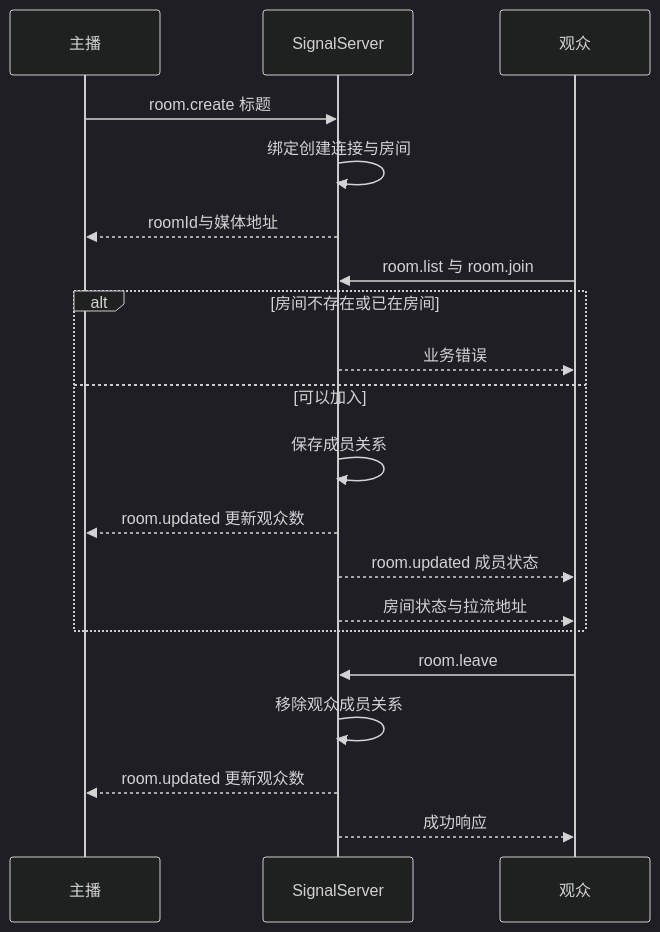
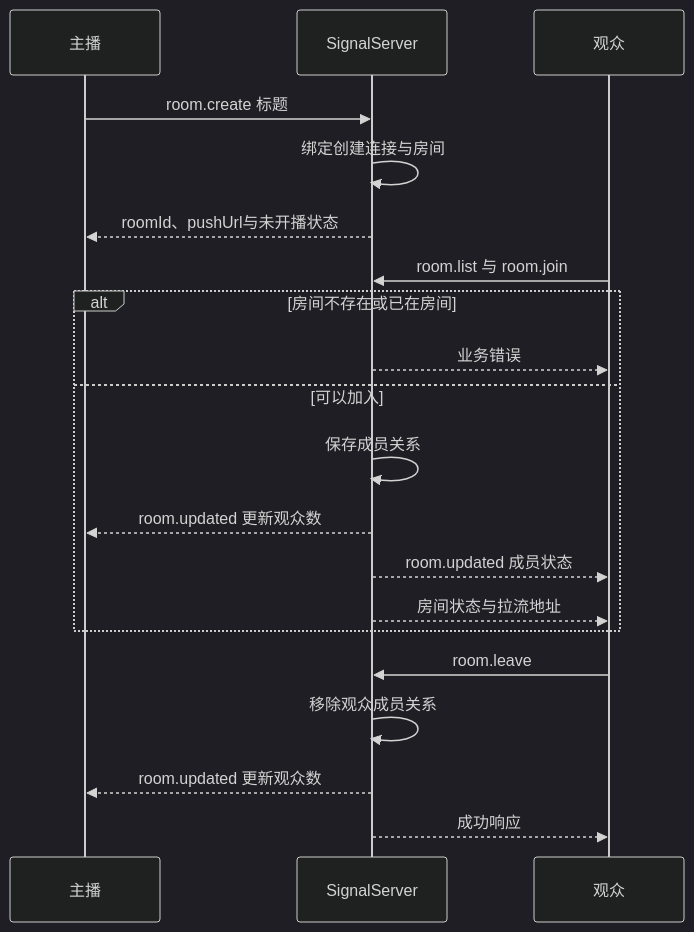
Before and after one commit to kingsman-svg/OBS: the diagram in docs/uml/signal-room.mmd, drawn with Mermaid (dark theme). The commit also changed 61 other files, not shown here.

```diff
--- a/docs/uml/signal-room.mmd
+++ b/docs/uml/signal-room.mmd
@@ -1,20 +1,20 @@
 sequenceDiagram
 participant H as 主播
 participant S as SignalServer
 participant V as 观众
 H->>S: room.create 标题
 S->>S: 绑定创建连接与房间
-S-->>H: roomId与媒体地址
+S-->>H: roomId、pushUrl与未开播状态
 V->>S: room.list 与 room.join
 alt 房间不存在或已在房间
 S-->>V: 业务错误
 else 可以加入
 S->>S: 保存成员关系
 S-->>H: room.updated 更新观众数
 S-->>V: room.updated 成员状态
 S-->>V: 房间状态与拉流地址
 end
 V->>S: room.leave
 S->>S: 移除观众成员关系
 S-->>H: room.updated 更新观众数
 S-->>V: 成功响应
```
